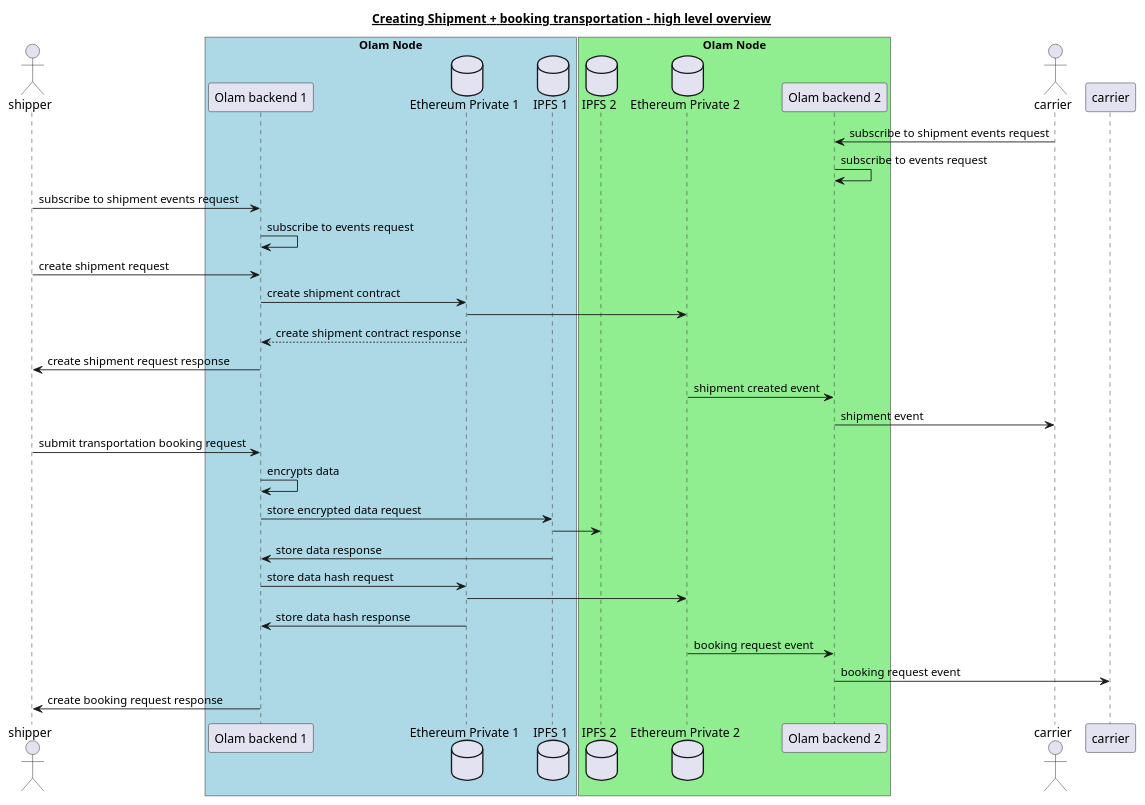
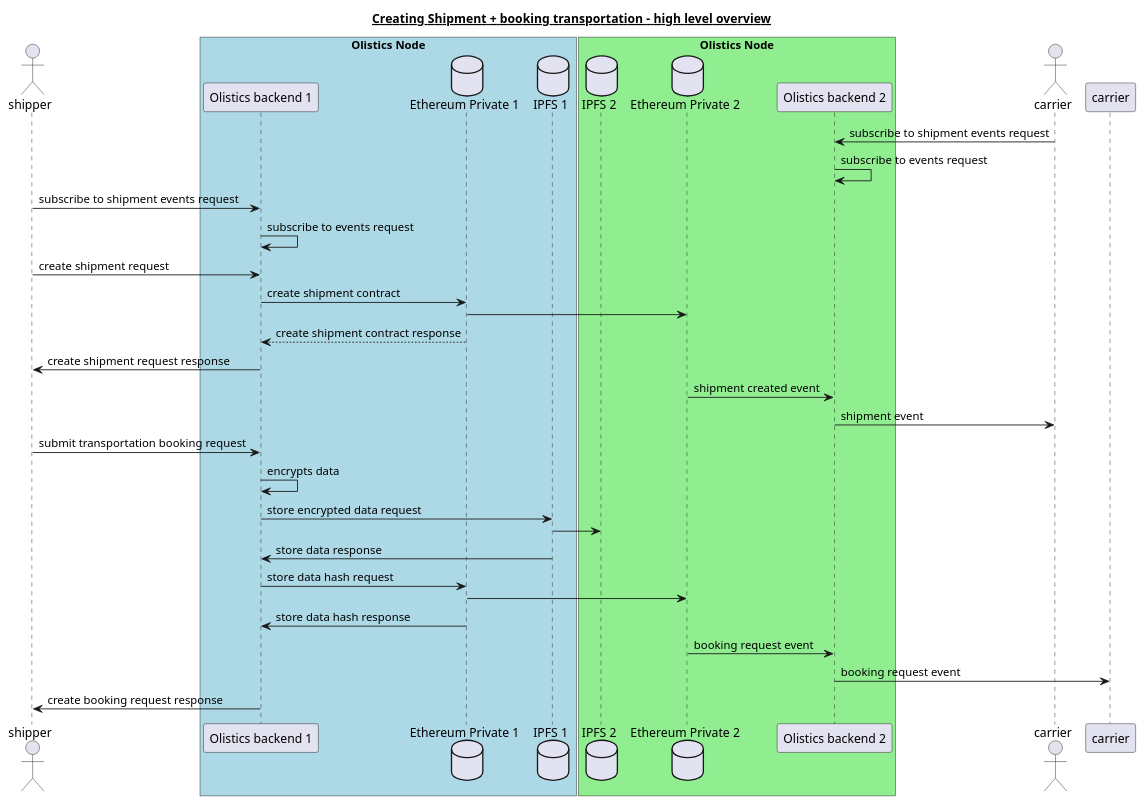
The diagram in diagrams/High-level sequence.puml (Olam-Platform/olistics-node), drawn with PlantUML before and after one commit. The commit also changed 72 other files, not shown here.

```diff
--- a/diagrams/High-level sequence.puml
+++ b/diagrams/High-level sequence.puml
@@ -1,52 +1,53 @@
 @startuml
+'idea.disableSyntaxCheck
 
 title __Creating Shipment + booking transportation - high level overview__
 actor shipper as s
-box "Olam Node" #LightBlue
-participant "Olam backend 1" as on1
+box "Olistics Node" #LightBlue
+participant "Olistics backend 1" as on1
 database "Ethereum Private 1" as ep1
 database "IPFS 1" as ip1
 end box
-box "Olam Node" #LightGreen
+box "Olistics Node" #LightGreen
 database "IPFS 2" as ip2
 database "Ethereum Private 2" as ep2
-participant "Olam backend 2" as on2
+participant "Olistics backend 2" as on2
 end box
 actor carrier as c
 
 'carrier subscribe to events
 c -> on2 : subscribe to shipment events request
 on2 -> on2 : subscribe to events request
 
 'shipper subscribe to events
 s -> on1 : subscribe to shipment events request
 on1 -> on1 : subscribe to events request
 
 'shipper creates shipment
 s -> on1 : create shipment request
 on1 -> ep1 : create shipment contract
 ep1 -> ep2
 ep1 --> on1 : create shipment contract response
 on1 -> s : create shipment request response
 
 'carrier recieves event
 ep2 -> on2 : shipment created event
 on2 -> c : shipment event
 
 'shipper starts with transportation booking message
 s -> on1 : submit transportation booking request
 on1 -> on1 : encrypts data
 on1 -> ip1 : store encrypted data request
 ip1 -> ip2
 ip1 -> on1 : store data response
 on1 -> ep1 : store data hash request
 ep1 -> ep2
 ep1 -> on1 : store data hash response
 ep2 -> on2 : booking request event
 on2 -> carrier : booking request event
 on1 -> s : create booking request response
 
 
 
 
 @enduml
```
